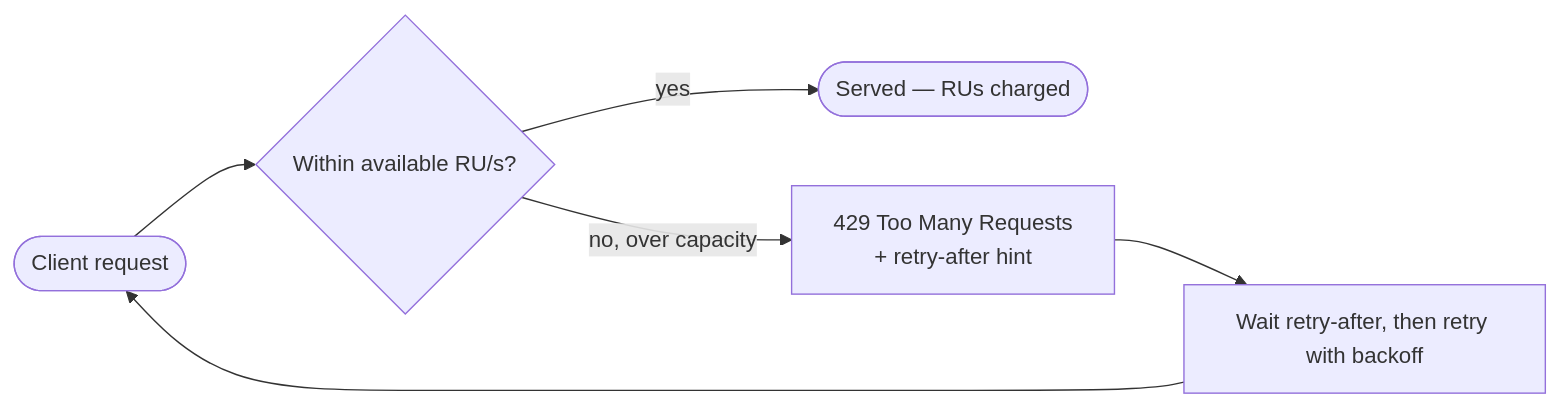
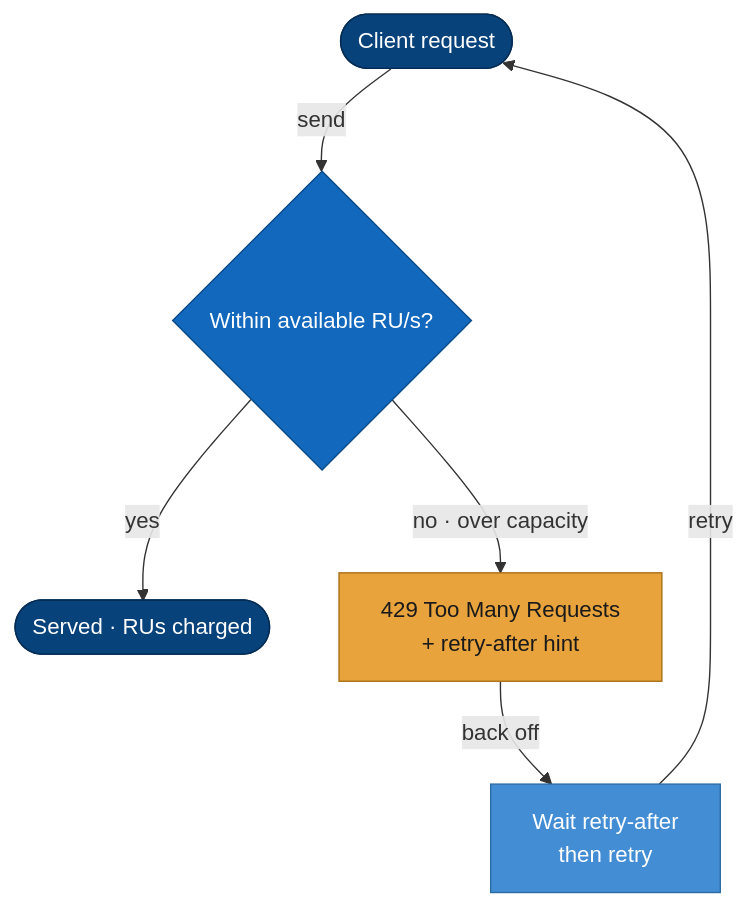
The second of 4 diagrams in docs/guides/cosmosdb-concepts.md (seesathish/AntKart-Src3), drawn with Mermaid before and after one commit. The commit also changed other lines of this file and 4 other files, not shown here.

First line of the commit message:
docs: standardise all concept-guide Mermaid diagrams to one visual standard

````diff
--- a/docs/guides/cosmosdb-concepts.md
+++ b/docs/guides/cosmosdb-concepts.md
@@ -99,8 +110,20 @@
 ```mermaid
-flowchart LR
-    REQ([Client request]) --> CAP{"Within available RU/s?"}
-    CAP -->|yes| OK([Served — RUs charged])
-    CAP -->|"no, over capacity"| T["429 Too Many Requests<br/>+ retry-after hint"]
-    T --> WAIT[Wait retry-after, then retry with backoff]
-    WAIT --> REQ
+flowchart TB
+    REQ([Client request]) -->|send| CAP{Within available RU/s?}
+    CAP -->|yes| OK([Served · RUs charged])
+    CAP -->|no · over capacity| T[429 Too Many Requests<br/>+ retry-after hint]
+    T -->|back off| WAIT[Wait retry-after<br/>then retry]
+    WAIT -->|retry| REQ
+
+    classDef actor   fill:#08427B,stroke:#052c54,color:#ffffff;
+    classDef primary fill:#1168BD,stroke:#0b4a87,color:#ffffff;
+    classDef service fill:#438DD5,stroke:#2d6ca3,color:#ffffff;
+    classDef data    fill:#85BBF0,stroke:#5a9bd4,color:#0b2545;
+    classDef external fill:#8B8B8B,stroke:#5f5f5f,color:#ffffff;
+    classDef focus   fill:#E8A33D,stroke:#a96f16,color:#1a1a1a;
+
+    class REQ,OK actor
+    class CAP primary
+    class WAIT service
+    class T focus
 ```
````
